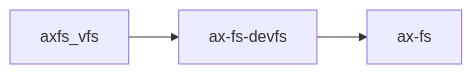
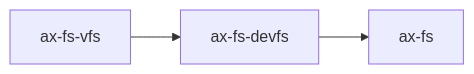
Before and after one commit to zKurisu/tgoskits: the diagram in docs/crates/ax-fs-devfs.md, drawn with Mermaid. The commit also changed 35 other files, not shown here.

Commit message:
rename axfs_vfs to ax-fs-vfs

````diff
--- a/docs/crates/ax-fs-devfs.md
+++ b/docs/crates/ax-fs-devfs.md
@@ -77,6 +77,6 @@
 ```mermaid
 graph LR
-    axfs_vfs["axfs_vfs"] --> current["ax-fs-devfs"]
+    axfs_vfs["ax-fs-vfs"] --> current["ax-fs-devfs"]
 
     current --> ax-fs["ax-fs"]
 ```
````
